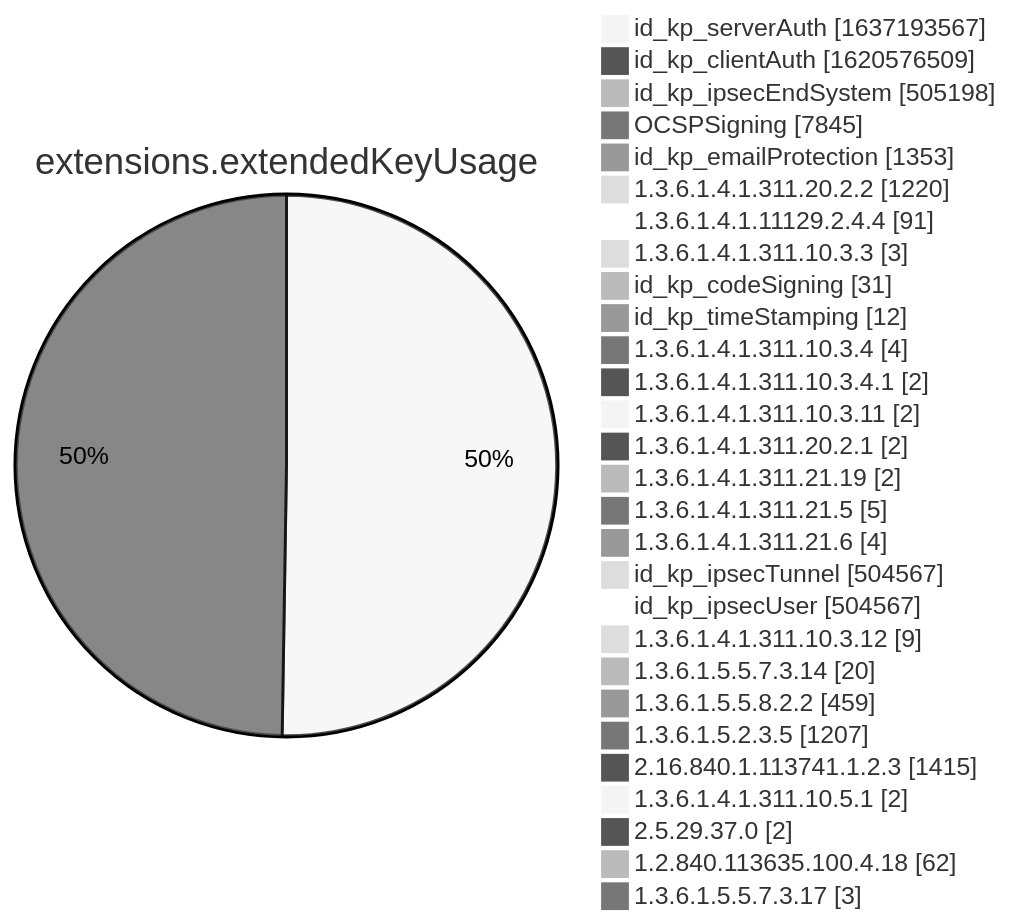
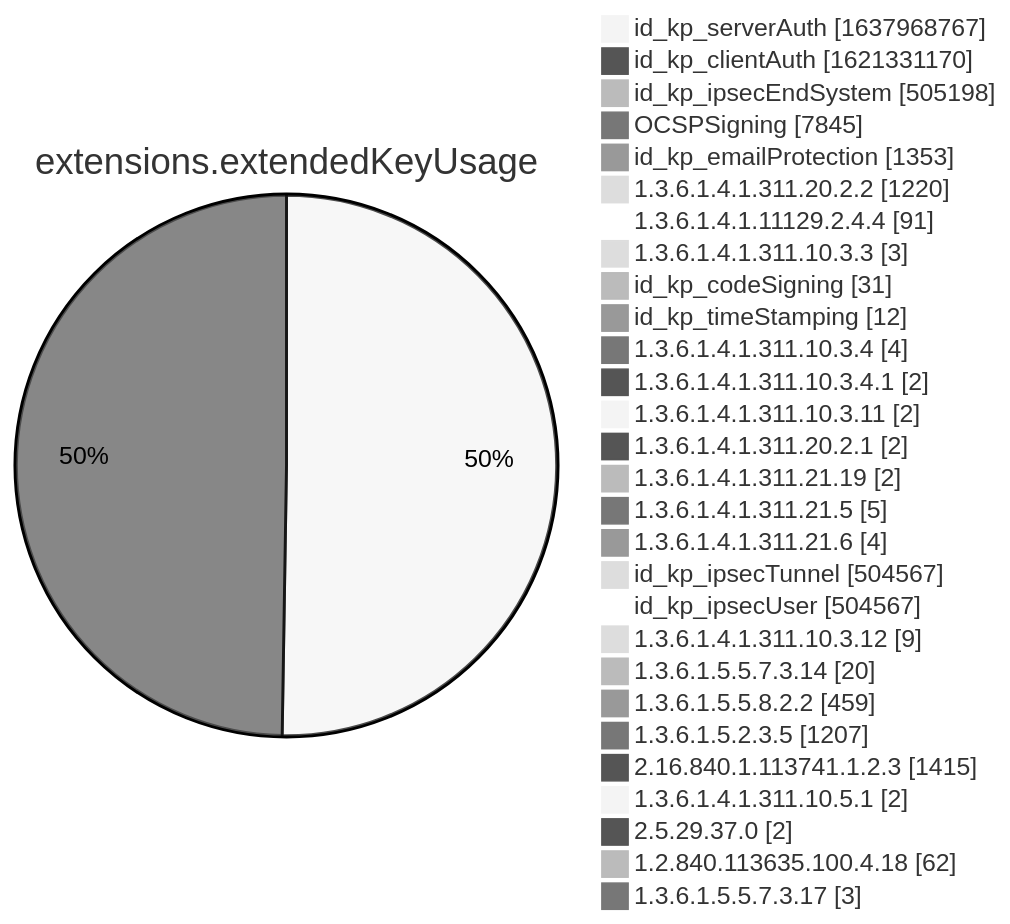
Diagram 12 of 15 in xenon2022/README.md (christiankrug/ctmonitor_visualization), drawn with Mermaid (neutral theme) before and after one commit. The commit also changed other lines of this file, not shown here.

````diff
--- a/xenon2022/README.md
+++ b/xenon2022/README.md
@@ -3886,32 +3886,32 @@
 ```mermaid
 pie showData
 title extensions.extendedKeyUsage
-"id_kp_serverAuth" :1637193567
-"id_kp_clientAuth" :1620576509
+"id_kp_serverAuth" :1637968767
+"id_kp_clientAuth" :1621331170
 "id_kp_ipsecEndSystem" :505198
 "OCSPSigning" :7845
 "id_kp_emailProtection" :1353
 "1.3.6.1.4.1.311.20.2.2" :1220
 "1.3.6.1.4.1.11129.2.4.4" :91
 "1.3.6.1.4.1.311.10.3.3" :3
 "id_kp_codeSigning" :31
 "id_kp_timeStamping" :12
 "1.3.6.1.4.1.311.10.3.4" :4
 "1.3.6.1.4.1.311.10.3.4.1" :2
 "1.3.6.1.4.1.311.10.3.11" :2
 "1.3.6.1.4.1.311.20.2.1" :2
 "1.3.6.1.4.1.311.21.19" :2
 "1.3.6.1.4.1.311.21.5" :5
 "1.3.6.1.4.1.311.21.6" :4
 "id_kp_ipsecTunnel" :504567
 "id_kp_ipsecUser" :504567
 "1.3.6.1.4.1.311.10.3.12" :9
 "1.3.6.1.5.5.7.3.14" :20
 "1.3.6.1.5.5.8.2.2" :459
 "1.3.6.1.5.2.3.5" :1207
 "2.16.840.1.113741.1.2.3" :1415
 "1.3.6.1.4.1.311.10.5.1" :2
 "2.5.29.37.0" :2
 "1.2.840.113635.100.4.18" :62
 "1.3.6.1.5.5.7.3.17" :3
 ```
````
